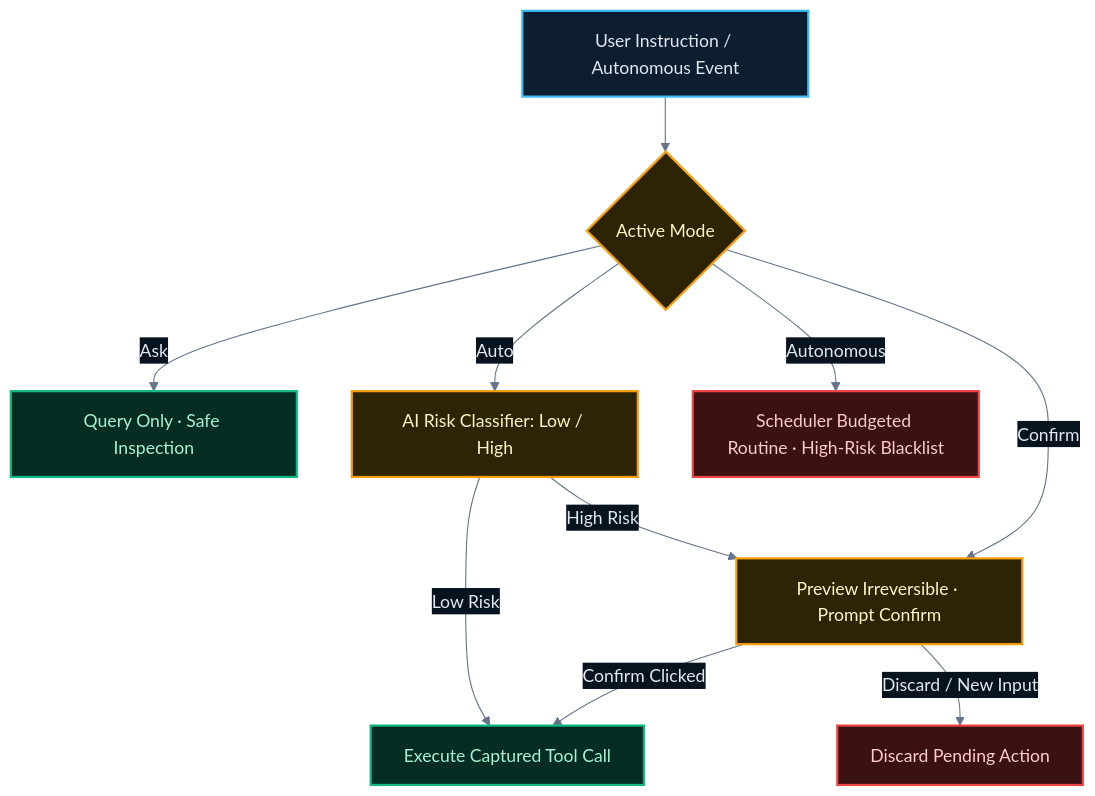
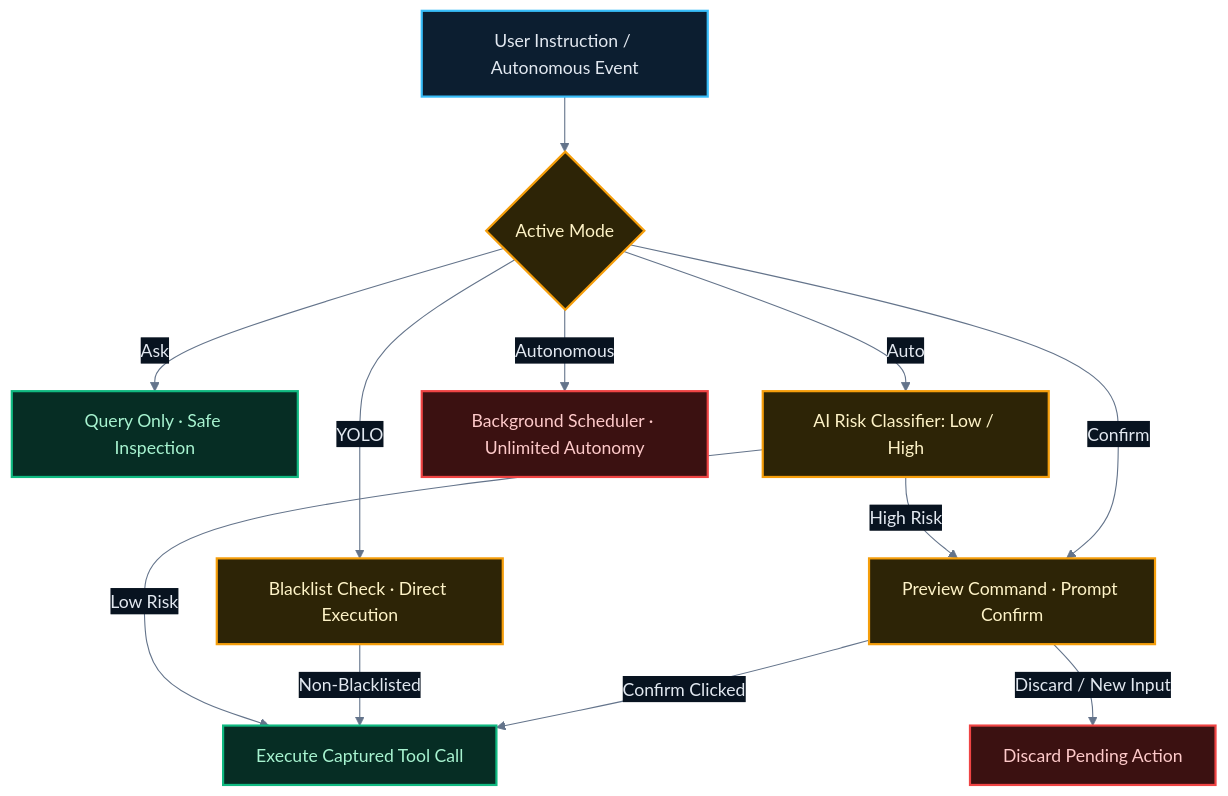
Before and after one commit to mushroomTW/RimAgent: the diagram in README.md, drawn with Mermaid. The commit also changed other lines of this file and 21 other files, not shown here.

````diff
--- a/README.md
+++ b/README.md
@@ -117,21 +118,23 @@
 ```mermaid
 %%{init: {"theme": "base", "themeVariables": {
   "primaryColor": "#0c1e30", "primaryTextColor": "#e2e8f0", "primaryBorderColor": "#38bdf8",
   "lineColor": "#64748b", "secondaryColor": "#081320", "tertiaryColor": "#1e293b",
   "fontFamily": "system-ui, -apple-system, Segoe UI, Roboto, sans-serif"}}}%%
 flowchart TD
     classDef safe fill:#062d24,stroke:#10b981,color:#a7f3d0,stroke-width:2px
     classDef check fill:#2d2406,stroke:#f59e0b,color:#fef3c7,stroke-width:2px
     classDef alert fill:#3b1111,stroke:#ef4444,color:#fecaca,stroke-width:2px
     classDef agent fill:#0c1e30,stroke:#38bdf8,color:#e2e8f0,stroke-width:2px
 
     CMD[User Instruction / Autonomous Event]:::agent --> MODE{Active Mode}:::check
     MODE -->|Ask| QRY[Query Only · Safe Inspection]:::safe
-    MODE -->|Confirm| PRE[Preview Irreversible · Prompt Confirm]:::check
+    MODE -->|Confirm| PRE[Preview Command · Prompt Confirm]:::check
+    MODE -->|YOLO| YOL[Blacklist Check · Direct Execution]:::check
     MODE -->|Auto| CLF[AI Risk Classifier: Low / High]:::check
-    MODE -->|Autonomous| SCH[Scheduler Budgeted Routine · High-Risk Blacklist]:::alert
+    MODE -->|Autonomous| SCH[Background Scheduler · Unlimited Autonomy]:::alert
     PRE -->|Confirm Clicked| EXEC[Execute Captured Tool Call]:::safe
     PRE -->|Discard / New Input| DROP[Discard Pending Action]:::alert
+    YOL -->|Non-Blacklisted| EXEC
     CLF -->|Low Risk| EXEC
     CLF -->|High Risk| PRE
 ```
````
